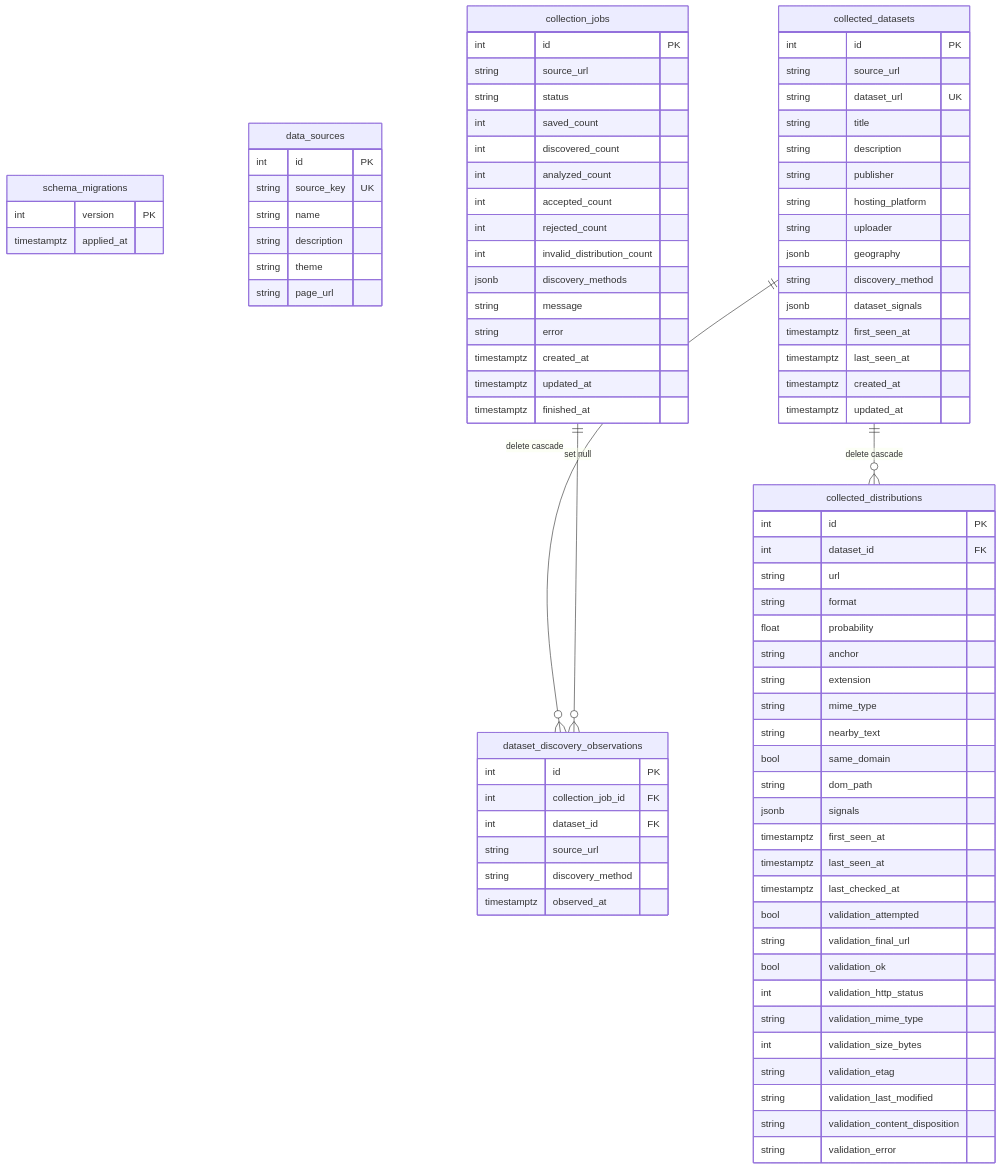
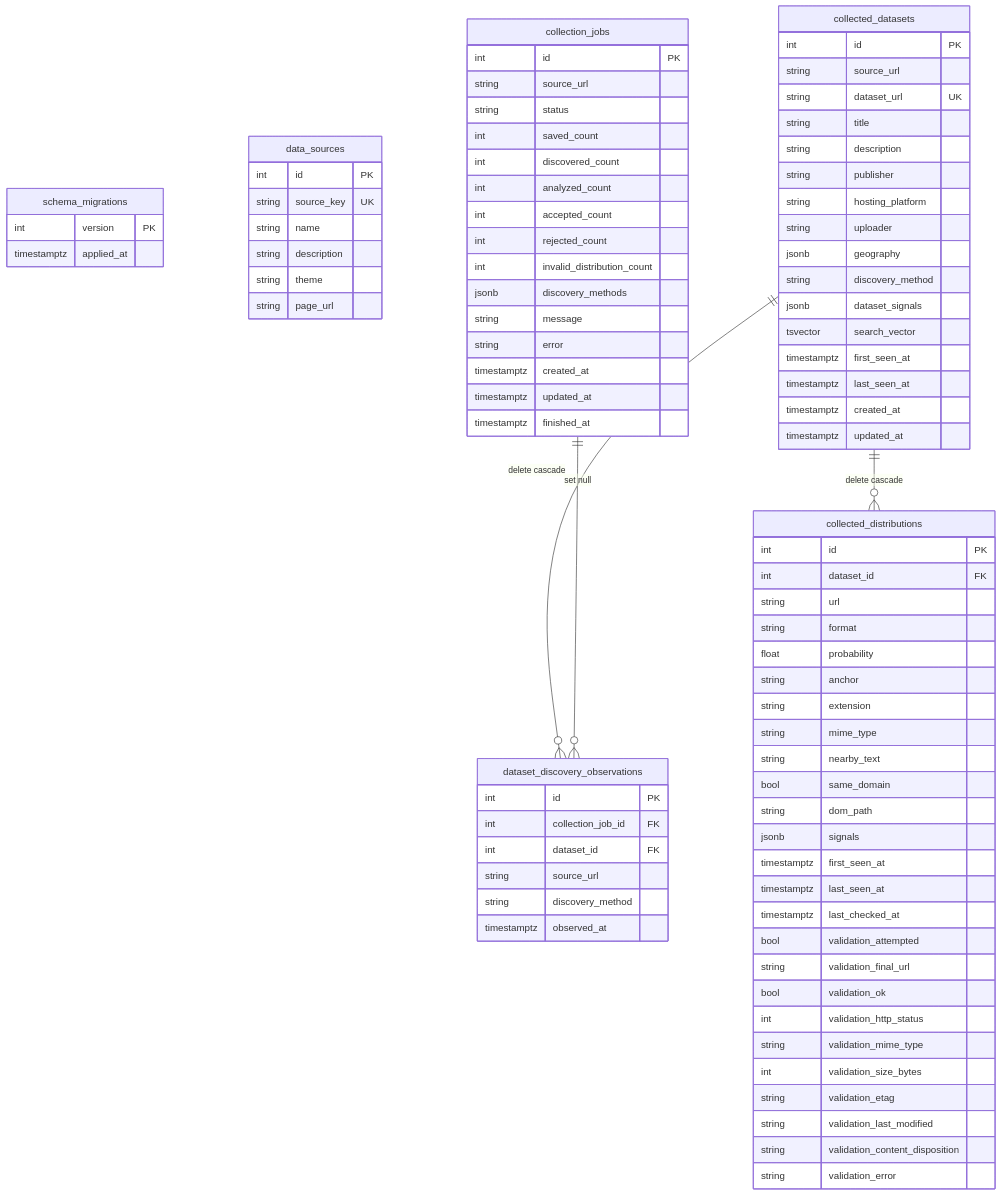
Before and after one commit to nicolasberlin/global-health-dataset-catalog: the diagram in docs/database-schema-diagram.md, drawn with Mermaid. The commit also changed other lines of this file and 51 other files, not shown here.

```diff
--- a/docs/database-schema-diagram.md
+++ b/docs/database-schema-diagram.md
@@ -57,6 +57,7 @@
         jsonb geography
         string discovery_method
         jsonb dataset_signals
+        tsvector search_vector
         timestamptz first_seen_at
         timestamptz last_seen_at
         timestamptz created_at
```
